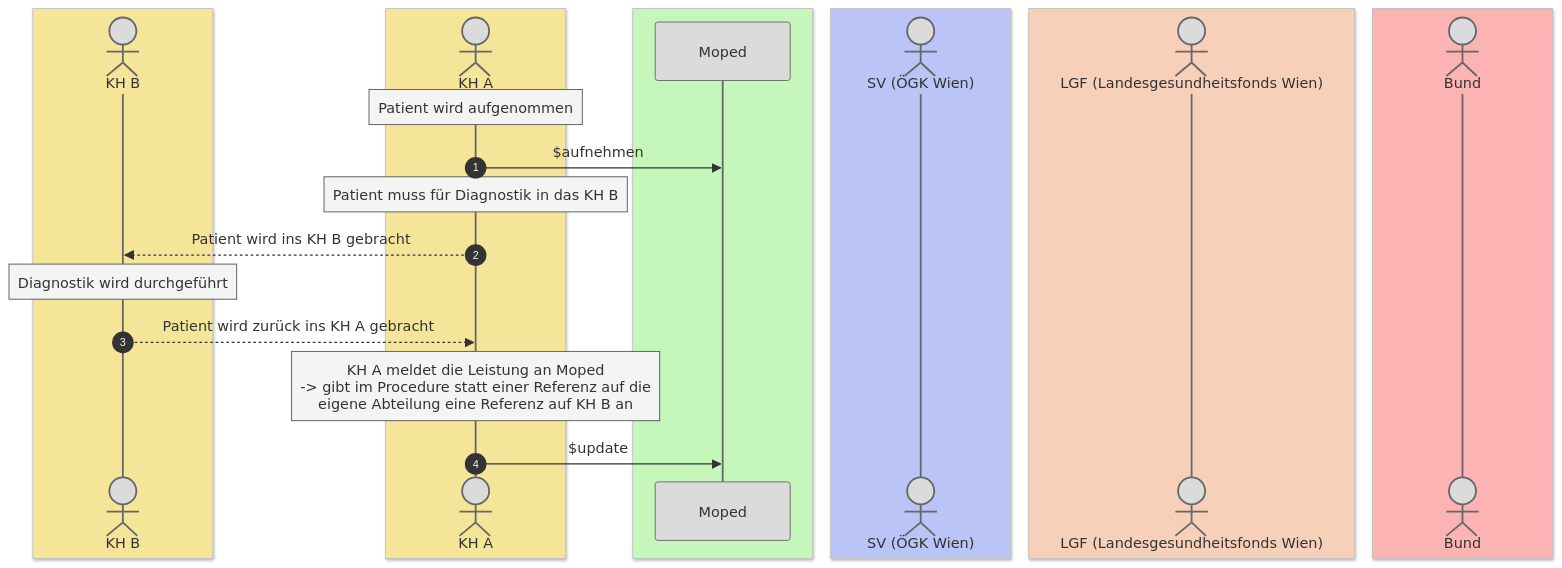
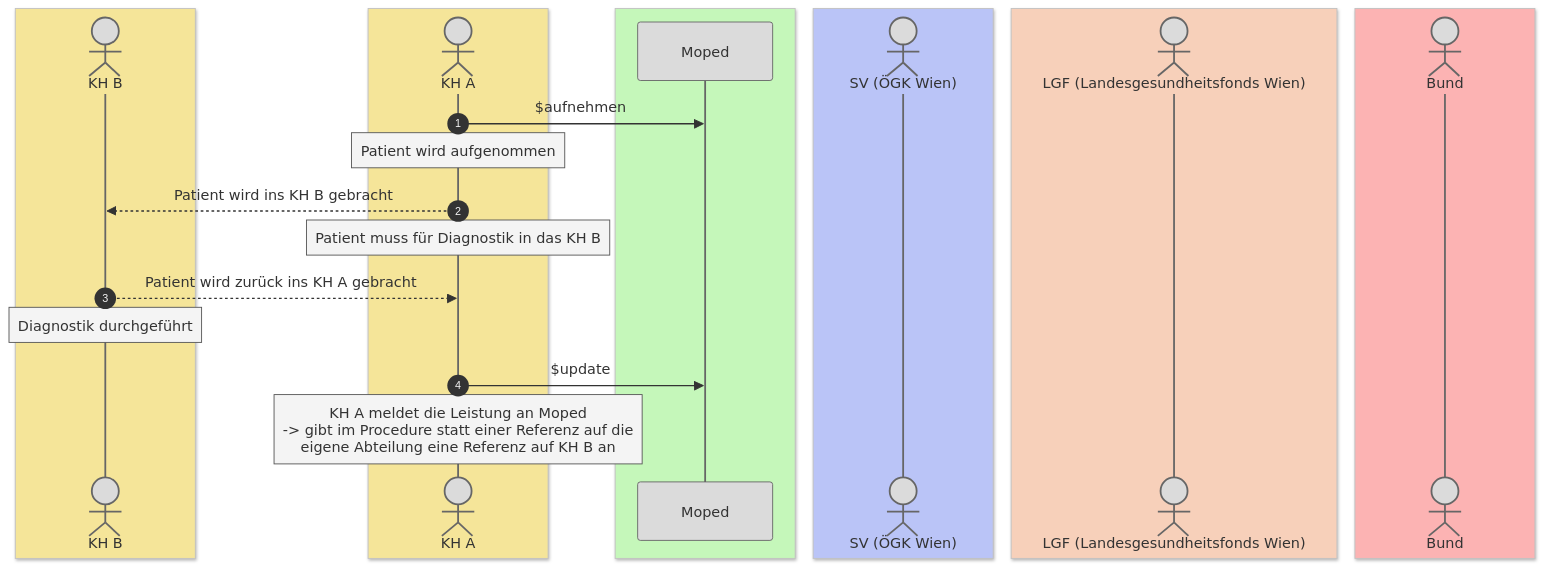
The diagram in input/pagecontent/AF17.md (HL7Austria/ELGA-MOPED-R5), drawn with Mermaid before and after one commit.

Commit message:
Notizreihenfolge ausbessern

```diff
--- a/input/pagecontent/AF17.md
+++ b/input/pagecontent/AF17.md
@@ -34,41 +34,41 @@
 <pre class="mermaid">
     ---
     config:
       theme: 'base'
       themeVariables:
         primaryColor: '#dbdbdb'         
         actorBorder: '#666'
         noteBkgColor: '#f4f4f4'
         noteBorderColor: '#555'
     ---
     sequenceDiagram
     autonumber
     box rgb(245, 229, 153)
     actor KHB as KH B
     end
     box rgb(245, 229, 153)
     actor KHA as KH A
     end
     box rgb(197, 247, 186)
     participant MP as Moped
     end
     box rgb(186, 196, 247)
     actor SV as SV (ÖGK Wien)
     end
     box rgb(247, 208, 186)
     actor LGF as LGF (Landesgesundheitsfonds Wien)
     end
     box rgb(252, 179, 179) 
     actor Bund as Bund 
     end
 
+    KHA->>MP: $aufnehmen
     Note over KHA: Patient wird aufgenommen
-    KHA->>MP: $aufnehmen 
+    KHA-->>KHB: Patient wird ins KH B gebracht
     Note over KHA: Patient muss für Diagnostik in das KH B
-    KHA-->>KHB: Patient wird ins KH B gebracht
-    Note over KHB: Diagnostik wird durchgeführt
     KHB-->>KHA: Patient wird zurück ins KH A gebracht
+    Note over KHB: Diagnostik durchgeführt
+    KHA->>MP: $update
     Note over KHA: KH A meldet die Leistung an Moped<br/> -> gibt im Procedure statt einer Referenz auf die <br/> eigene Abteilung eine Referenz auf KH B an
-    KHA->>MP: $update
 
 </pre>
```
